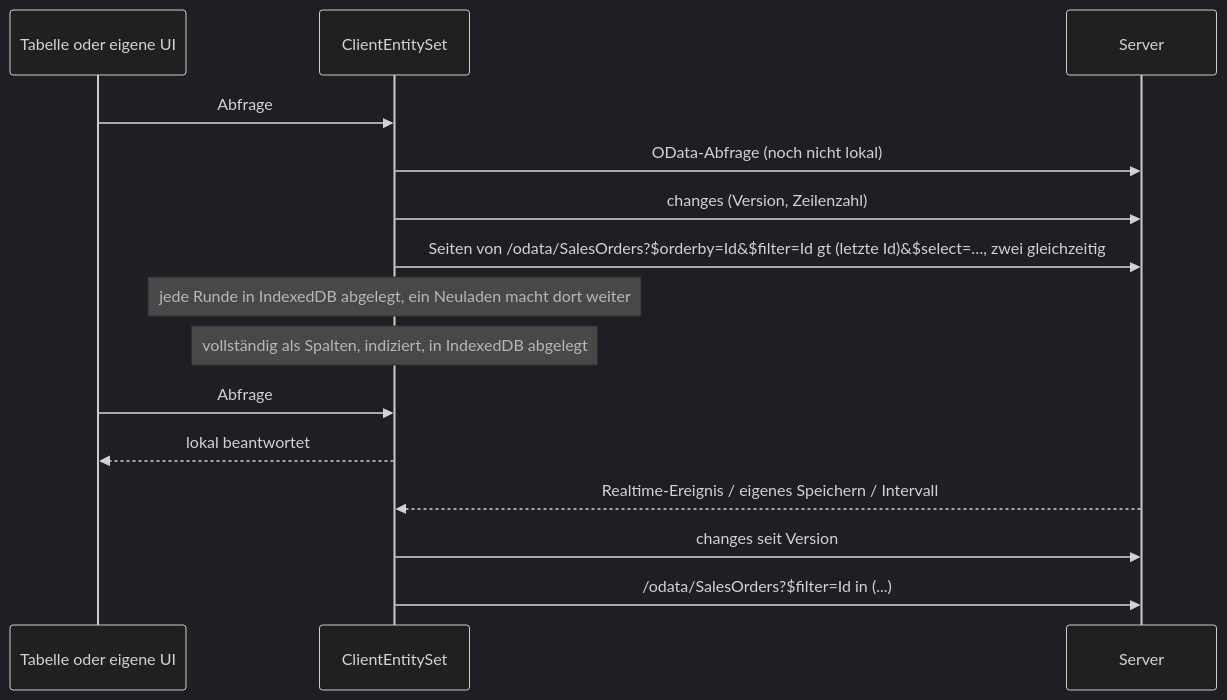
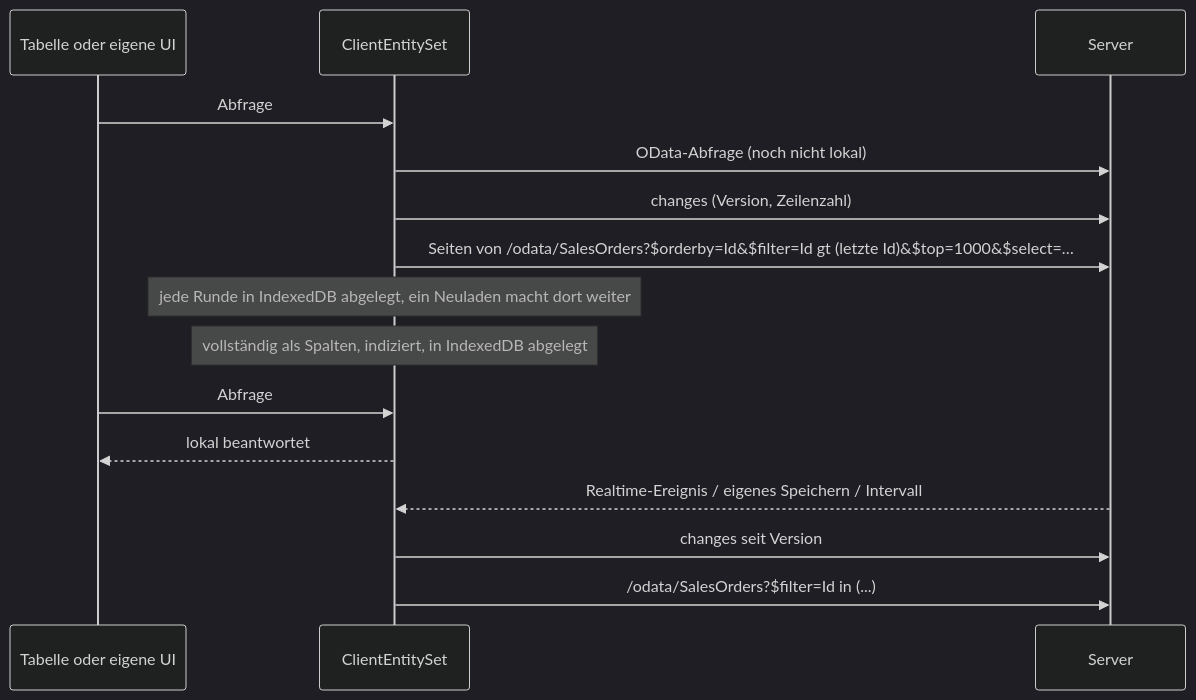
The diagram in website/docs/ui/client-entities.de.md (fgilde/CoworkeeLib), drawn with Mermaid (dark theme) before and after one commit. The commit also changed other lines of this file and 10 other files, not shown here.

````diff
--- a/website/docs/ui/client-entities.de.md
+++ b/website/docs/ui/client-entities.de.md
@@ -9,17 +9,17 @@
 ```mermaid
 sequenceDiagram
     participant T as Tabelle oder eigene UI
     participant S as ClientEntitySet
     participant API as Server
     T->>S: Abfrage
     S->>API: OData-Abfrage (noch nicht lokal)
     S->>API: changes (Version, Zeilenzahl)
-    S->>API: Seiten von /odata/SalesOrders?$orderby=Id&$filter=Id gt (letzte Id)&$select=…, zwei gleichzeitig
+    S->>API: Seiten von /odata/SalesOrders?$orderby=Id&$filter=Id gt (letzte Id)&$top=1000&$select=…
     Note over S: jede Runde in IndexedDB abgelegt, ein Neuladen macht dort weiter
     Note over S: vollständig als Spalten, indiziert, in IndexedDB abgelegt
     T->>S: Abfrage
     S-->>T: lokal beantwortet
     API-->>S: Realtime-Ereignis / eigenes Speichern / Intervall
     S->>API: changes seit Version
     S->>API: /odata/SalesOrders?$filter=Id in (...)
 ```
````
